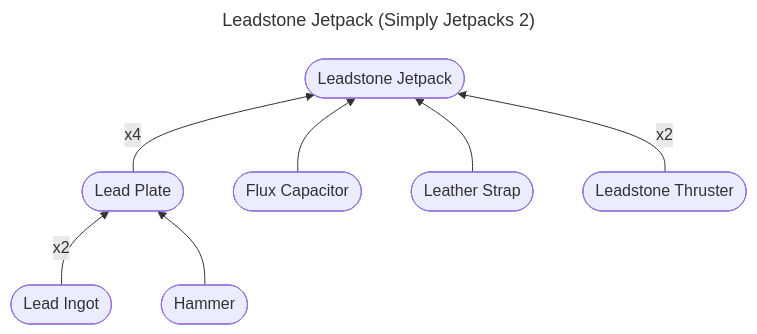
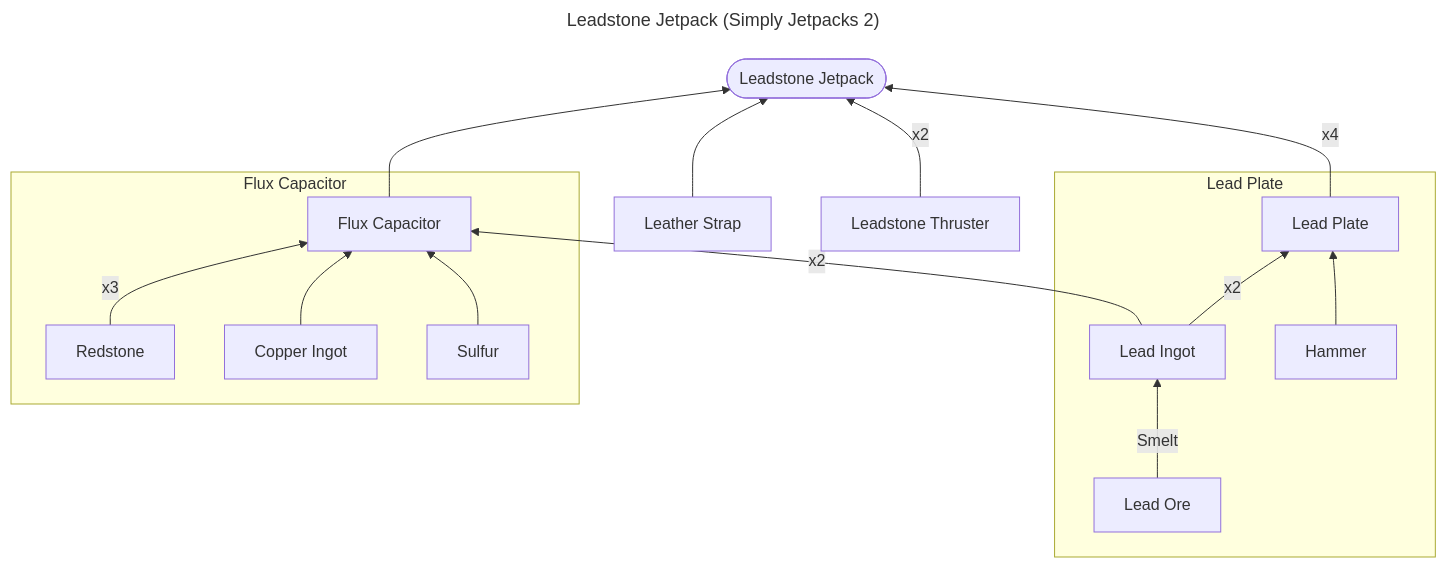
Before and after one commit to res0nat0r/minecraft: the diagram in leadstone-backpack.md, drawn with Mermaid.

````diff
--- a/leadstone-backpack.md
+++ b/leadstone-backpack.md
@@ -1,28 +1,32 @@
 ```mermaid
 ---
 title: Leadstone Jetpack (Simply Jetpacks 2)
 ---
 
 flowchart BT
 
 leadstone-jetpack([Leadstone Jetpack])
 
-lead-plate([Lead Plate])
-flux-capacitor([Flux Capacitor])
-leather-strap([Leather Strap])
-leadstone-thruster([Leadstone Thruster])
-
-lead-ingot([Lead Ingot])
-hammer([Hammer])
-
 %% Tier 1
-lead-plate --> |x4| leadstone-jetpack
-flux-capacitor --> leadstone-jetpack
-leather-strap --> leadstone-jetpack
-leadstone-thruster --> |x2| leadstone-jetpack
+lead-plate[Lead Plate] --> |x4| leadstone-jetpack
+flux-capacitor[Flux Capacitor] --> leadstone-jetpack
+leather-strap[Leather Strap] --> leadstone-jetpack
+leadstone-thruster[Leadstone Thruster]--> |x2| leadstone-jetpack
 
 %% Lead Plate
-lead-ingot --> |x2| lead-plate
-hammer --> lead-plate
+subgraph sg-lead-plate [Lead Plate]
+    lead-ingot[Lead Ingot] --> |x2| lead-plate
+    hammer[Hammer] --> lead-plate
+    lead-ore[Lead Ore] -->|Smelt| lead-ingot
+end
+
+%% Flux Capacitor
+subgraph sg-flux-capacitor [Flux Capacitor]
+    lead-ingot --> |x2| flux-capacitor
+    redstone[Redstone] --> |x3| flux-capacitor
+    copper-ingot[Copper Ingot] --> flux-capacitor
+    sulfur[Sulfur] --> flux-capacitor
+end
+    
 
 ```
````
